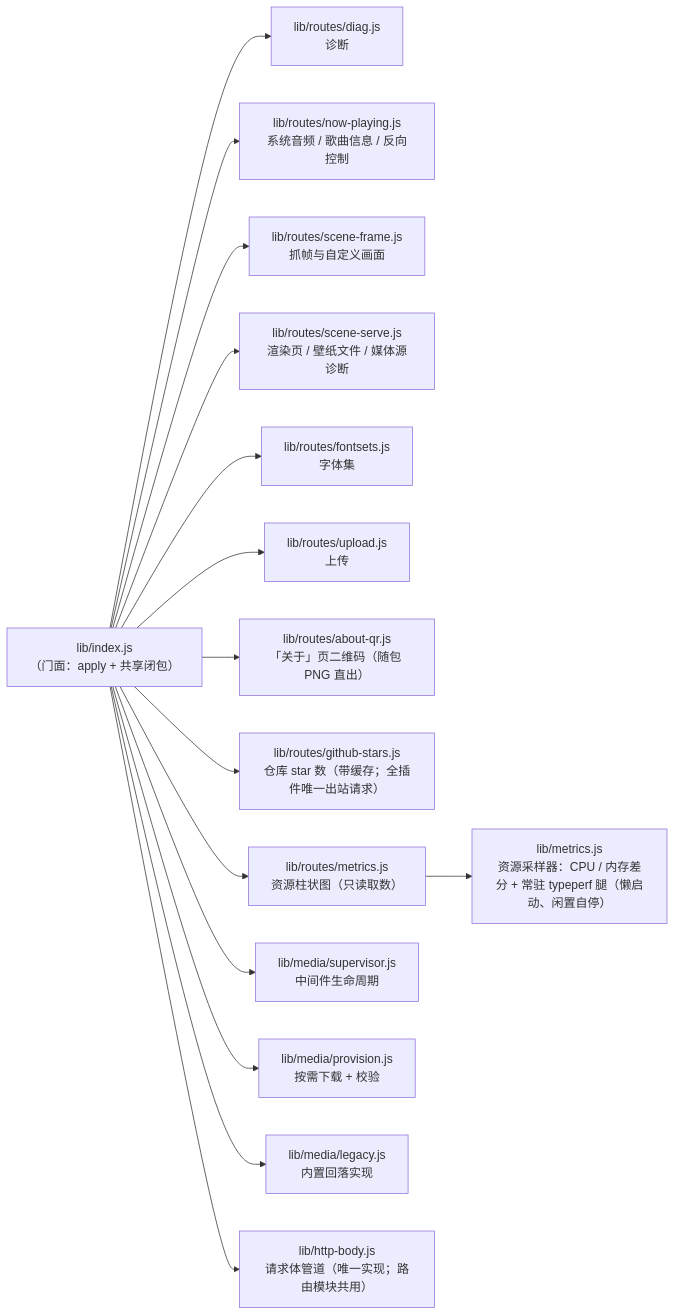
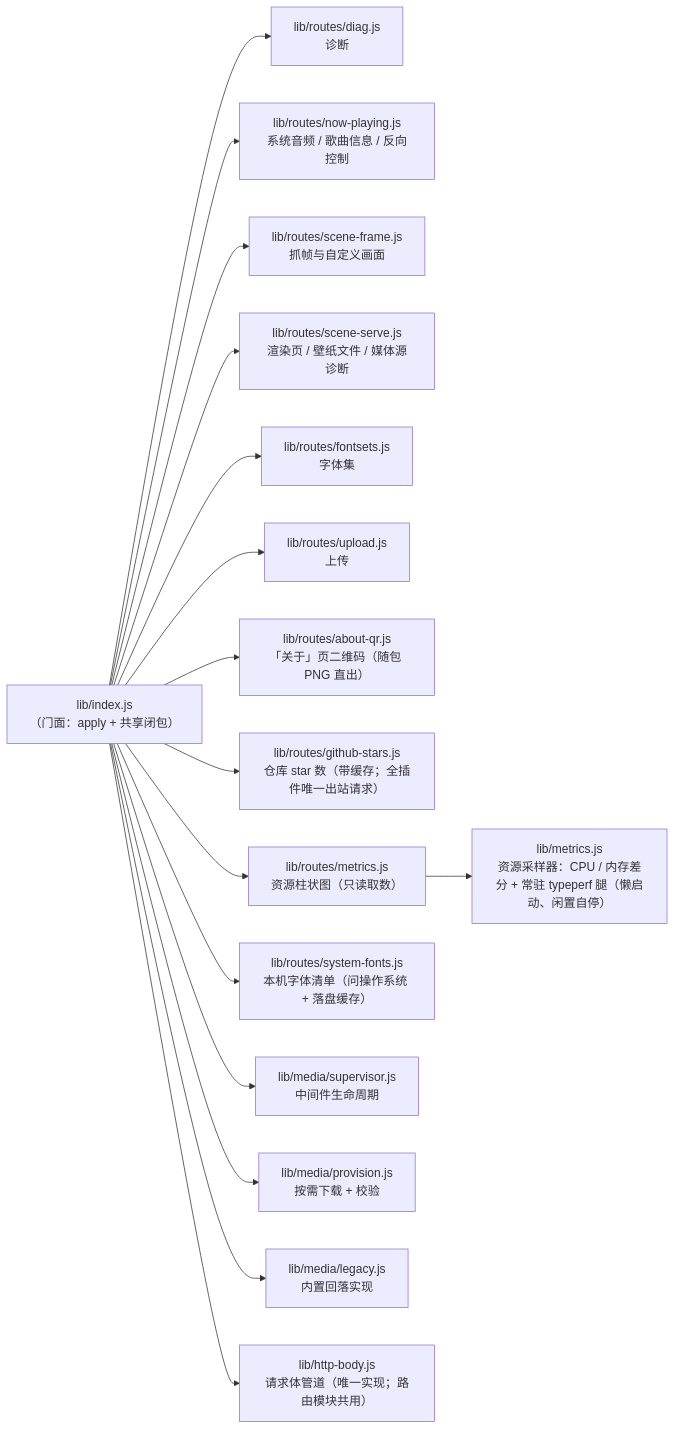
Before and after one commit to YV3507/dsh-wallpaper-engine: the second of 5 diagrams in docs/CODE-STRUCTURE.md, drawn with Mermaid. The commit also changed other lines of this file and 44 other files, not shown here.

````diff
--- a/docs/CODE-STRUCTURE.md
+++ b/docs/CODE-STRUCTURE.md
@@ -110,18 +110,19 @@
 ```mermaid
 graph LR
     IDX["lib/index.js<br/>（门面：apply + 共享闭包）"]
     IDX --> R1["lib/routes/diag.js<br/>诊断"]
     IDX --> R2["lib/routes/now-playing.js<br/>系统音频 / 歌曲信息 / 反向控制"]
     IDX --> R3["lib/routes/scene-frame.js<br/>抓帧与自定义画面"]
     IDX --> R4["lib/routes/scene-serve.js<br/>渲染页 / 壁纸文件 / 媒体源诊断"]
     IDX --> R5["lib/routes/fontsets.js<br/>字体集"]
     IDX --> R6["lib/routes/upload.js<br/>上传"]
     IDX --> R7["lib/routes/about-qr.js<br/>「关于」页二维码（随包 PNG 直出）"]
     IDX --> R8["lib/routes/github-stars.js<br/>仓库 star 数（带缓存；全插件唯一出站请求）"]
     IDX --> R9["lib/routes/metrics.js<br/>资源柱状图（只读取数）"]
     R9 --> M4["lib/metrics.js<br/>资源采样器：CPU / 内存差分 + 常驻 typeperf 腿（懒启动、闲置自停）"]
+    IDX --> R10["lib/routes/system-fonts.js<br/>本机字体清单（问操作系统 + 落盘缓存）"]
     IDX --> M1["lib/media/supervisor.js<br/>中间件生命周期"]
     IDX --> M2["lib/media/provision.js<br/>按需下载 + 校验"]
     IDX --> M3["lib/media/legacy.js<br/>内置回落实现"]
     IDX --> H1["lib/http-body.js<br/>请求体管道（唯一实现；路由模块共用）"]
 ```
````
